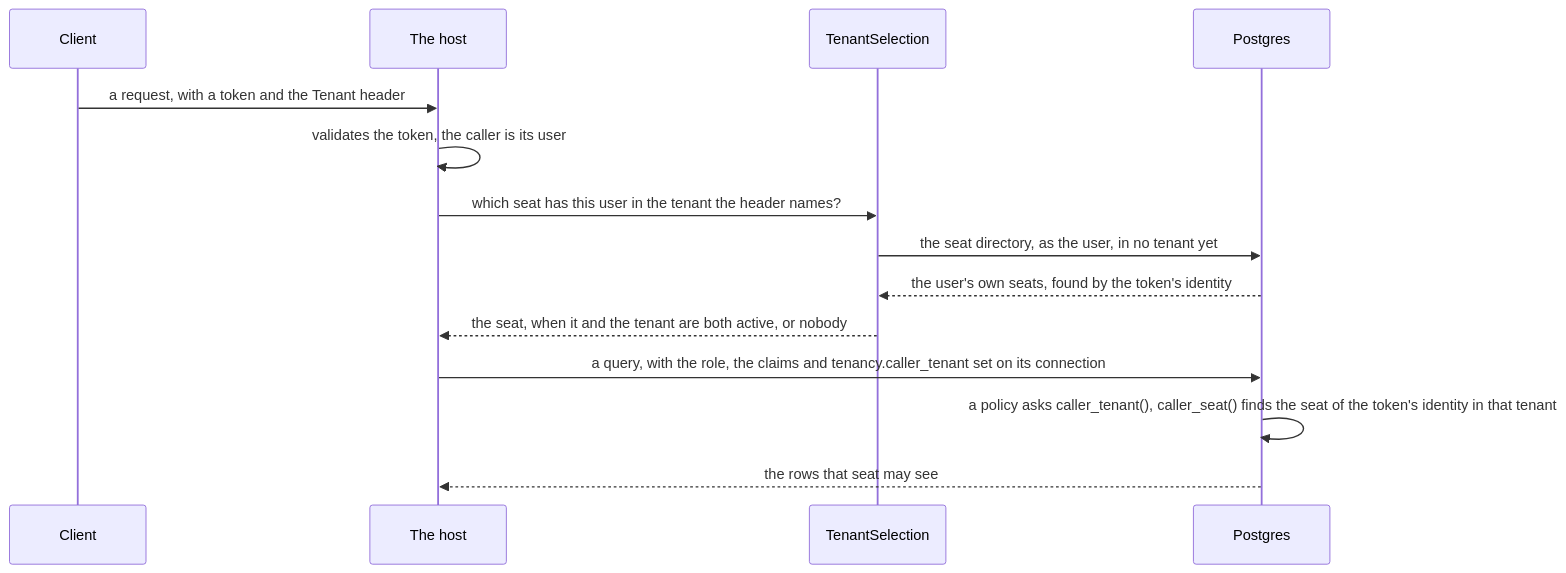
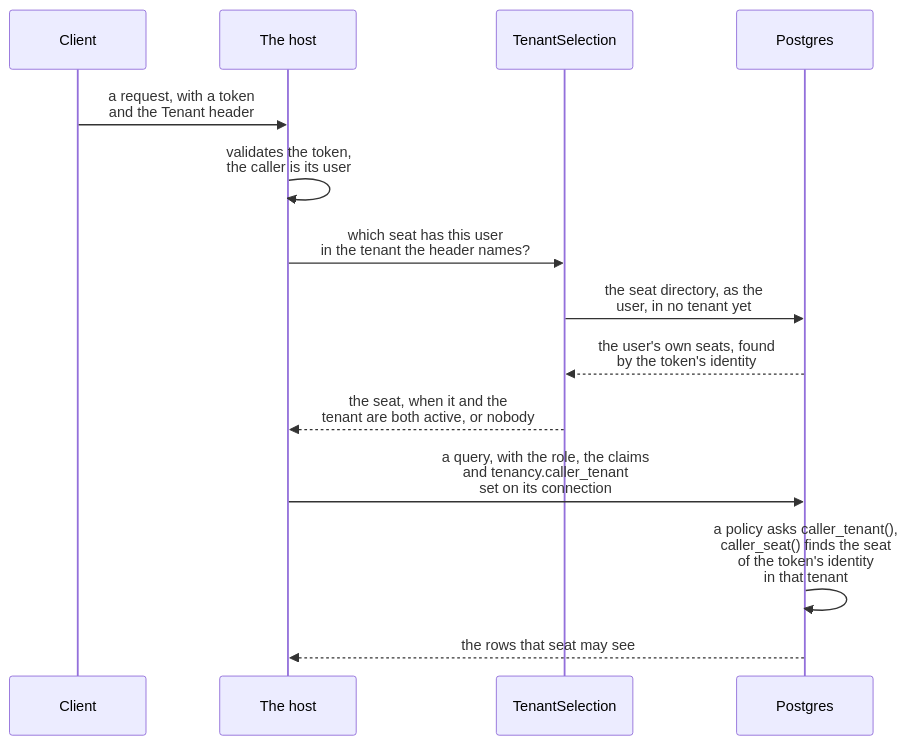
Diagram 21 of 22 in docs/tenancy.md (DylanSnel/DDDToolkit), drawn with Mermaid before and after one commit. The commit also changed other lines of this file and 9 other files, not shown here.

````diff
--- a/docs/tenancy.md
+++ b/docs/tenancy.md
@@ -3899,16 +3889,16 @@
 ```mermaid
 sequenceDiagram
     participant Client
     participant Host as The host
     participant Tenancy as TenantSelection
     participant Postgres
-    Client->>Host: a request, with a token and the Tenant header
-    Host->>Host: validates the token, the caller is its user
-    Host->>Tenancy: which seat has this user in the tenant the header names?
-    Tenancy->>Postgres: the seat directory, as the user, in no tenant yet
-    Postgres-->>Tenancy: the user's own seats, found by the token's identity
-    Tenancy-->>Host: the seat, when it and the tenant are both active, or nobody
-    Host->>Postgres: a query, with the role, the claims and tenancy.caller_tenant set on its connection
-    Postgres->>Postgres: a policy asks caller_tenant(), caller_seat() finds the seat of the token's identity in that tenant
+    Client->>Host: a request, with a token<br/>and the Tenant header
+    Host->>Host: validates the token,<br/>the caller is its user
+    Host->>Tenancy: which seat has this user<br/>in the tenant the header names?
+    Tenancy->>Postgres: the seat directory, as the<br/>user, in no tenant yet
+    Postgres-->>Tenancy: the user's own seats, found<br/>by the token's identity
+    Tenancy-->>Host: the seat, when it and the<br/>tenant are both active, or nobody
+    Host->>Postgres: a query, with the role, the claims<br/>and tenancy.caller_tenant<br/>set on its connection
+    Postgres->>Postgres: a policy asks caller_tenant(),<br/>caller_seat() finds the seat<br/>of the token's identity<br/>in that tenant
     Postgres-->>Host: the rows that seat may see
 ```
````
